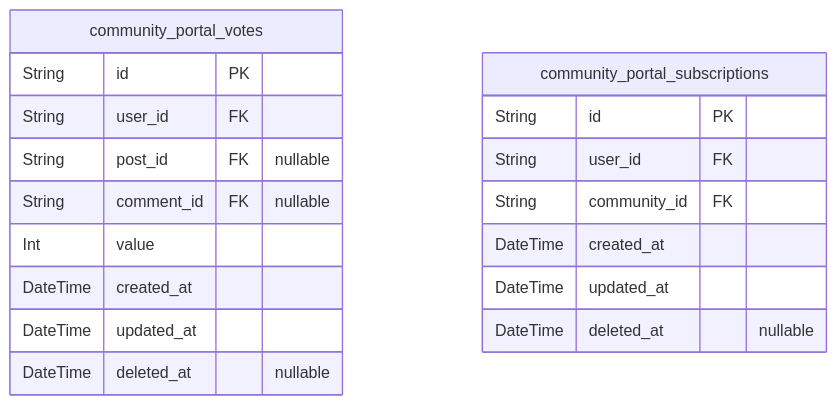
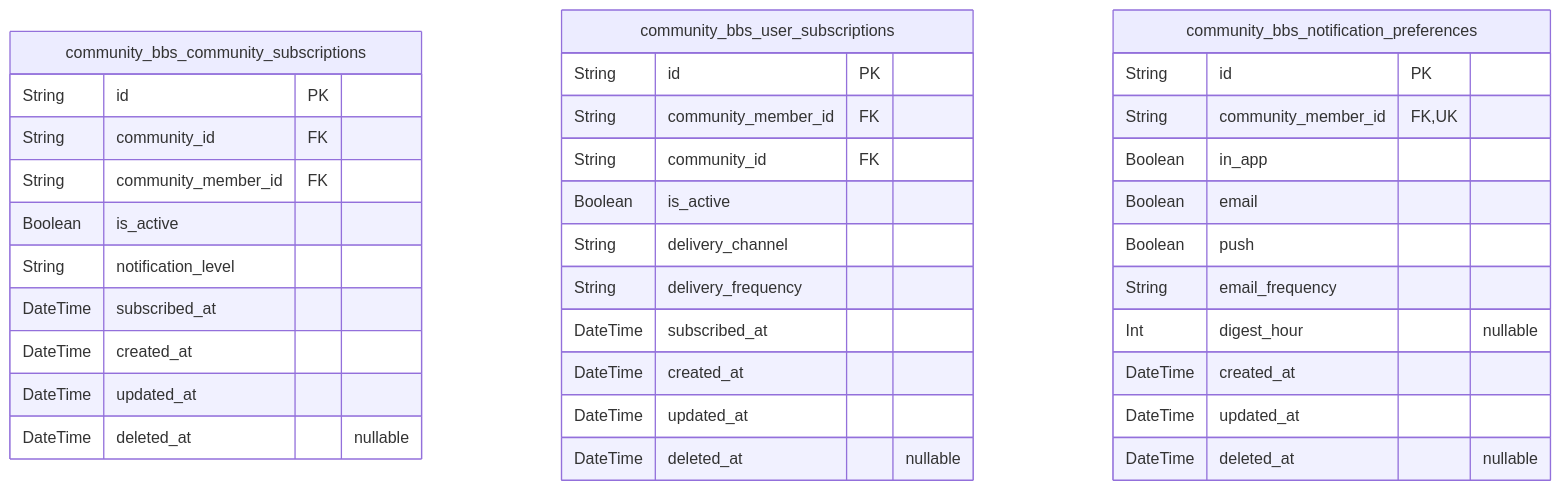
The eighth of 11 diagrams in openai/gpt-5-mini/reddit/docs/ERD.md (wrtnlabs/autobe-examples), drawn with Mermaid before and after one commit. The commit also changed other lines of this file and 16146 other files, not shown here.

````diff
--- a/openai/gpt-5-mini/reddit/docs/ERD.md
+++ b/openai/gpt-5-mini/reddit/docs/ERD.md
@@ -325,21 +1104,38 @@
 ```mermaid
 erDiagram
-"community_portal_votes" {
+"community_bbs_community_subscriptions" {
   String id PK
-  String user_id FK
-  String post_id FK "nullable"
-  String comment_id FK "nullable"
-  Int value
+  String community_id FK
+  String community_member_id FK
+  Boolean is_active
+  String notification_level
+  DateTime subscribed_at
   DateTime created_at
   DateTime updated_at
   DateTime deleted_at "nullable"
 }
-"community_portal_subscriptions" {
+"community_bbs_user_subscriptions" {
   String id PK
-  String user_id FK
+  String community_member_id FK
   String community_id FK
+  Boolean is_active
+  String delivery_channel
+  String delivery_frequency
+  DateTime subscribed_at
+  DateTime created_at
+  DateTime updated_at
+  DateTime deleted_at "nullable"
+}
+"community_bbs_notification_preferences" {
+  String id PK
+  String community_member_id FK,UK
+  Boolean in_app
+  Boolean email
+  Boolean push
+  String email_frequency
+  Int digest_hour "nullable"
   DateTime created_at
   DateTime updated_at
   DateTime deleted_at "nullable"
 }
 ```
````
